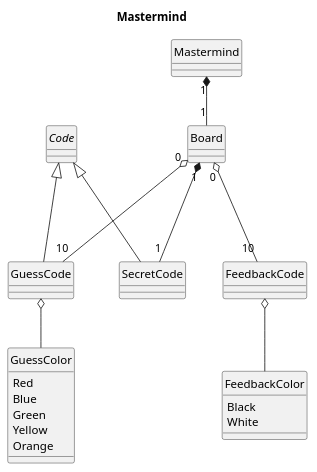
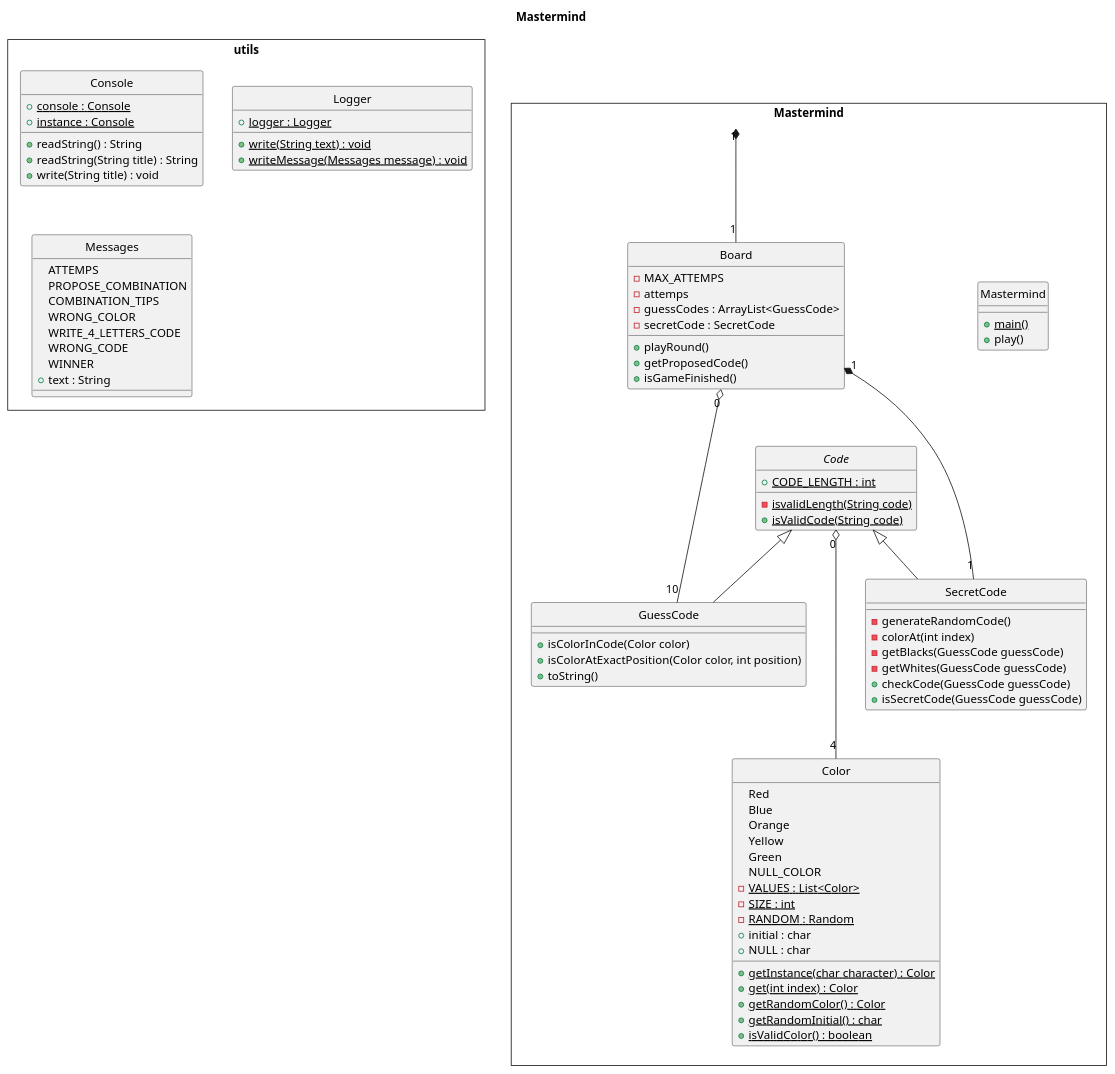
One commit to javiergarciagonzalez/mastercloudapps-mastermind changed the diagram in mastermind/domainModel/domainModel.plantuml. Above: the diagram before and after it, drawn with PlantUML. The commit also changed 3 other files, not shown here.

Commit message:
Add domain model diagram (and update readme)

```diff
--- a/mastermind/domainModel/domainModel.plantuml
+++ b/mastermind/domainModel/domainModel.plantuml
@@ -1,37 +1,98 @@
 @startuml Mastermind
 skinparam Style strictuml
 
 title Mastermind
 
-class Mastermind
-class Board
-interface Code
-class SecretCode
-class GuessCode
-class FeedbackCode
+package Mastermind <<Rectangle>> {
+    class Mastermind {
+        +{static}main()
+        +play()
+    }
 
-enum GuessColor {
-    Red
-    Blue
-    Green
-    Yellow
-    Orange
+    class Board {
+        -MAX_ATTEMPS
+        -attemps
+        -guessCodes : ArrayList<GuessCode>
+        -secretCode : SecretCode
+        +playRound()
+        +getProposedCode()
+        +isGameFinished()
+    }
+
+    abstract class Code {
+        +{static}CODE_LENGTH : int
+        -{static}isvalidLength(String code)
+        +{static}isValidCode(String code)
+    }
+
+    class SecretCode extends Code {
+        -generateRandomCode()
+        -colorAt(int index)
+        -getBlacks(GuessCode guessCode)
+        -getWhites(GuessCode guessCode)
+        +checkCode(GuessCode guessCode)
+        +isSecretCode(GuessCode guessCode)
+    }
+
+    class GuessCode extends Code{
+        +isColorInCode(Color color)
+        +isColorAtExactPosition(Color color, int position)
+        +toString()
+    }
+
+    enum Color {
+        Red
+        Blue
+        Orange
+        Yellow
+        Green
+        NULL_COLOR
+        -{static} VALUES : List<Color>
+        -{static} SIZE : int
+        -{static} RANDOM : Random
+        +initial : char
+        +NULL : char
+
+        +{static}getInstance(char character) : Color
+        +{static}get(int index) : Color
+        +{static}getRandomColor() : Color
+        +{static}getRandomInitial() : char
+        +{static}isValidColor() : boolean
+    }
 }
 
-enum FeedbackColor {
-    Black
-    White
+package utils <<Rectangle>> {
+    class Console {
+        +{static}console : Console
+        +{static}instance : Console
+        +readString() : String
+        +readString(String title) : String
+        +write(String title) : void
+    }
+
+    class Logger {
+        +{static}logger : Logger
+        +{static}write(String text) : void
+        +{static}writeMessage(Messages message) : void
+    }
+
+    enum Messages {
+        ATTEMPS
+        PROPOSE_COMBINATION
+        COMBINATION_TIPS
+        WRONG_COLOR
+        WRITE_4_LETTERS_CODE
+        WRONG_CODE
+        WINNER
+        +text : String
+    }
 }
 
+
 Mastermind "1" *-- "1" Board
-Code <|--- SecretCode
-Code <|--- GuessCode
 
 Board "1" *--- "1" SecretCode
 Board "0" o--- "10" GuessCode
-Board "0" o--- "10" FeedbackCode
-
-GuessCode o-- GuessColor
-FeedbackCode o-- FeedbackColor
+Code "0" o--- "4" Color
 
 @enduml
```
